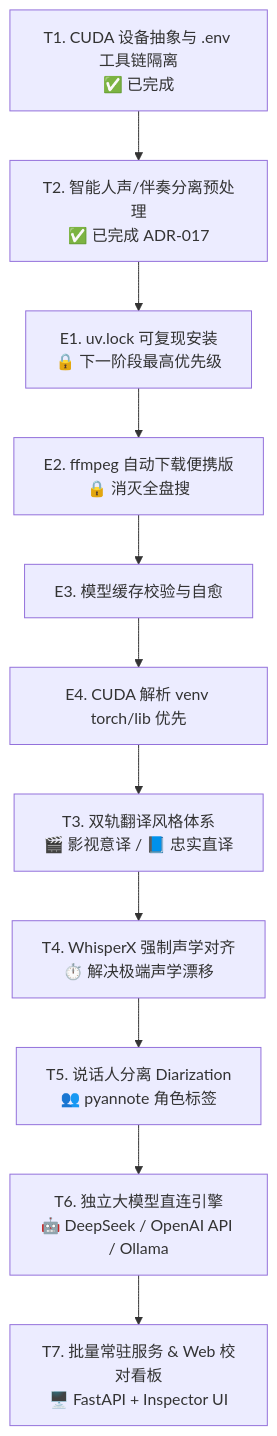
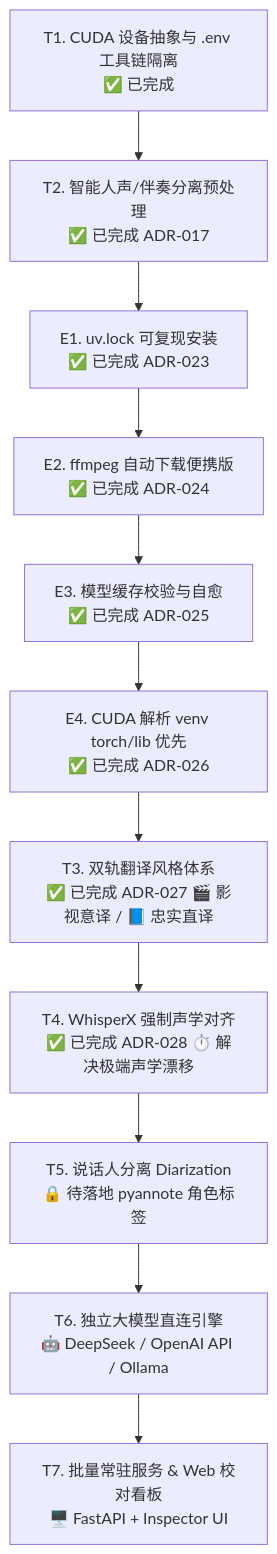
Before and after one commit to brosnan2800/video-translate: the diagram in MAJOR_VERSION_PLAN.md, drawn with Mermaid. The commit also changed other lines of this file and 7 other files, not shown here.

````diff
--- a/MAJOR_VERSION_PLAN.md
+++ b/MAJOR_VERSION_PLAN.md
@@ -46,13 +46,13 @@
 ```mermaid
 flowchart TD
     T1[T1. CUDA 设备抽象与 .env 工具链隔离<br/>✅ 已完成] --> T2[T2. 智能人声/伴奏分离预处理<br/>✅ 已完成 ADR-017]
-    T2 --> E1[E1. uv.lock 可复现安装<br/>🔒 下一阶段最高优先级]
-    E1 --> E2[E2. ffmpeg 自动下载便携版<br/>🔒 消灭全盘搜]
-    E2 --> E3[E3. 模型缓存校验与自愈]
-    E3 --> E4[E4. CUDA 解析 venv torch/lib 优先]
-    E4 --> T3[T3. 双轨翻译风格体系<br/>🎬 影视意译 / 📘 忠实直译]
-    T3 --> T4[T4. WhisperX 强制声学对齐<br/>⏱️ 解决极端声学漂移]
-    T4 --> T5[T5. 说话人分离 Diarization<br/>👥 pyannote 角色标签]
+    T2 --> E1[E1. uv.lock 可复现安装<br/>✅ 已完成 ADR-023]
+    E1 --> E2[E2. ffmpeg 自动下载便携版<br/>✅ 已完成 ADR-024]
+    E2 --> E3[E3. 模型缓存校验与自愈<br/>✅ 已完成 ADR-025]
+    E3 --> E4[E4. CUDA 解析 venv torch/lib 优先<br/>✅ 已完成 ADR-026]
+    E4 --> T3[T3. 双轨翻译风格体系<br/>✅ 已完成 ADR-027 🎬 影视意译 / 📘 忠实直译]
+    T3 --> T4[T4. WhisperX 强制声学对齐<br/>✅ 已完成 ADR-028 ⏱️ 解决极端声学漂移]
+    T4 --> T5[T5. 说话人分离 Diarization<br/>🔒 待落地 pyannote 角色标签]
     T5 --> T6[T6. 独立大模型直连引擎<br/>🤖 DeepSeek / OpenAI API / Ollama]
     T6 --> T7[T7. 批量常驻服务 & Web 校对看板<br/>🖥️ FastAPI + Inspector UI]
 ```
````
